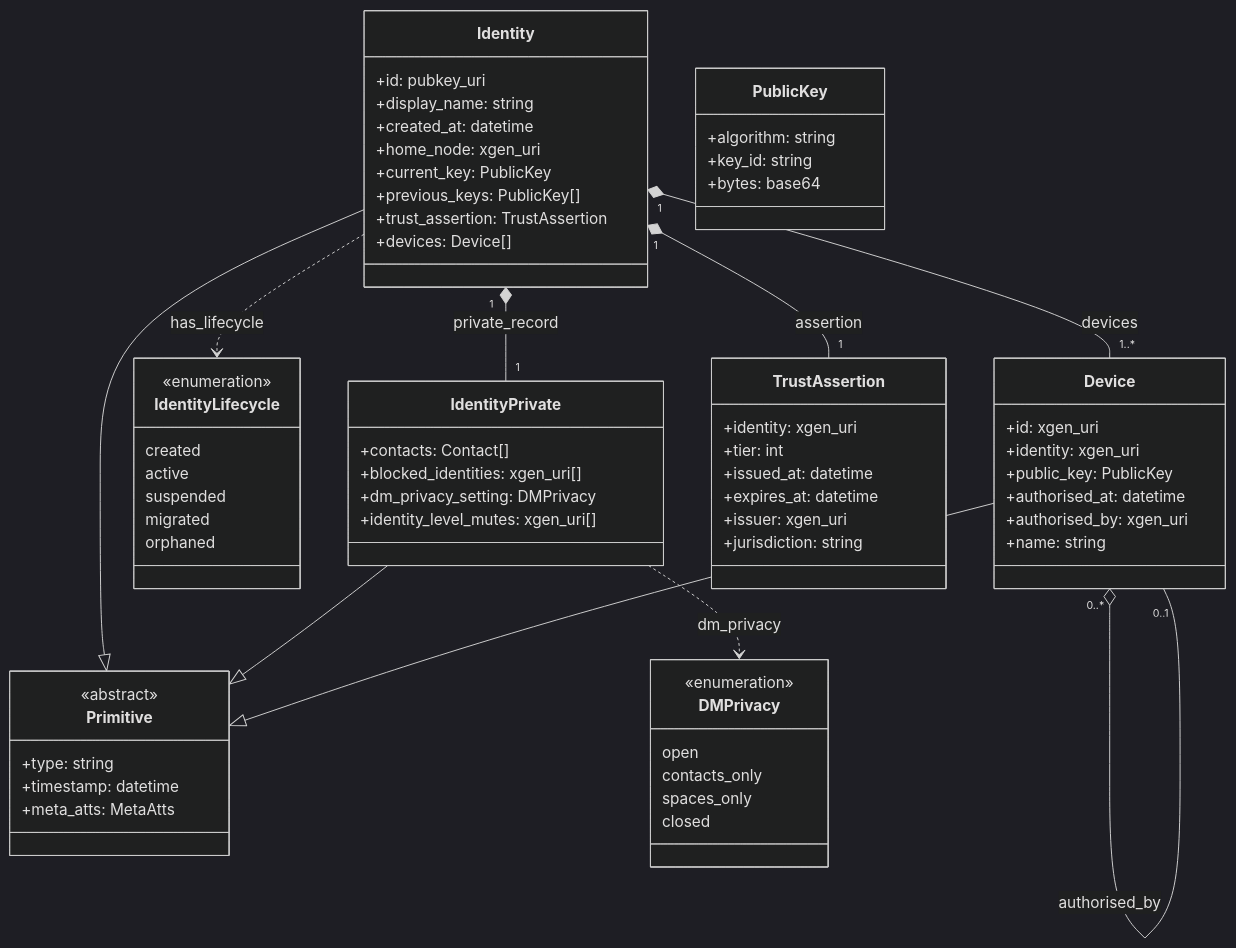
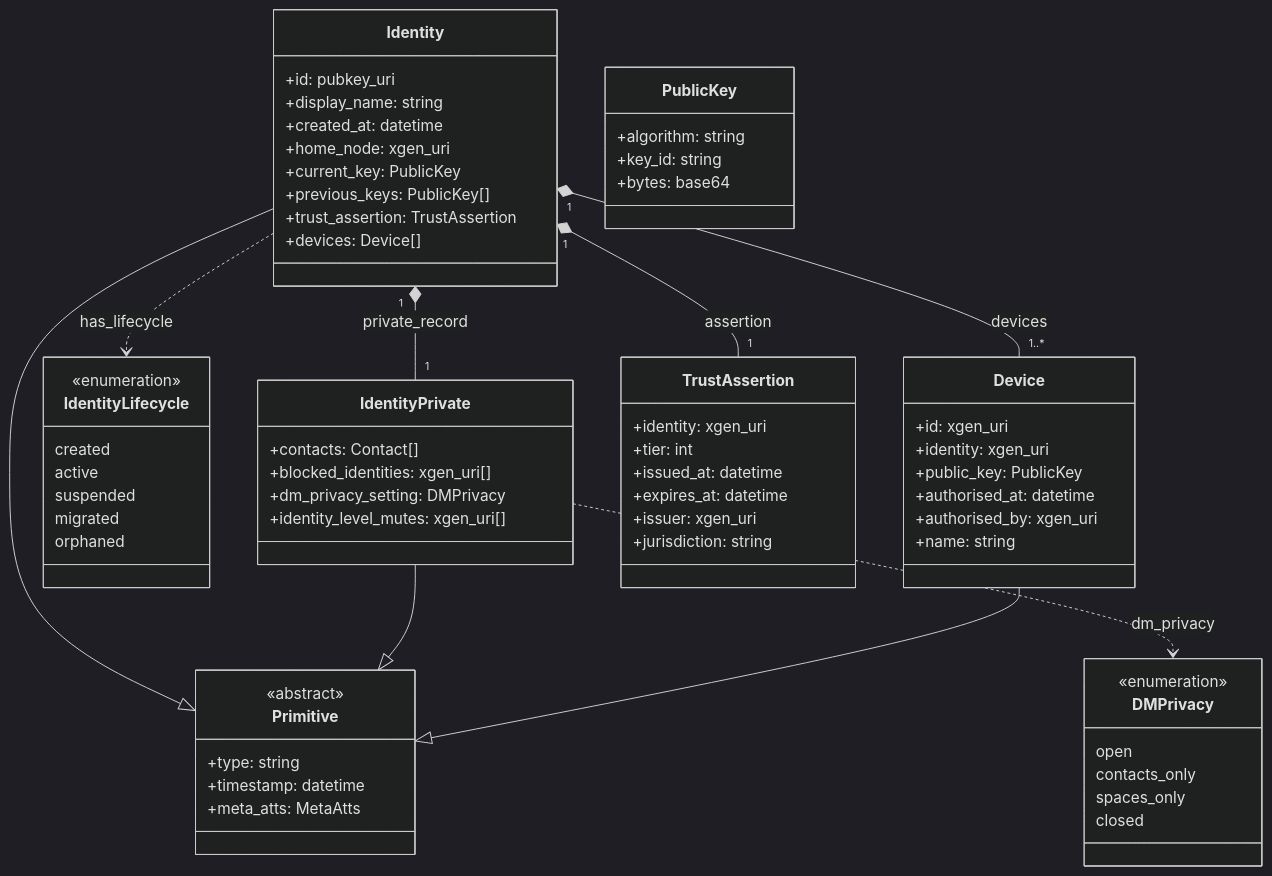
The ninth of 16 diagrams in docs/xgen_appendix_c_en.md (ianus777/XGenProtocol), drawn with Mermaid (dark theme) before and after one commit. The commit also changed other lines of this file, not shown here.

Commit message:
update diagrams

````diff
--- a/docs/xgen_appendix_c_en.md
+++ b/docs/xgen_appendix_c_en.md
@@ -685,71 +686,72 @@
 ```mermaid
 classDiagram
     class Primitive {
         <<abstract>>
         +type: string
         +timestamp: datetime
         +meta_atts: MetaAtts
     }
     class Identity {
         +id: pubkey_uri
         +display_name: string
         +created_at: datetime
         +home_node: xgen_uri
         +current_key: PublicKey
         +previous_keys: PublicKey[]
         +trust_assertion: TrustAssertion
         +devices: Device[]
     }
     class IdentityPrivate {
         +contacts: Contact[]
         +blocked_identities: xgen_uri[]
         +dm_privacy_setting: DMPrivacy
         +identity_level_mutes: xgen_uri[]
     }
     class IdentityLifecycle {
         <<enumeration>>
         created
         active
         suspended
         migrated
         orphaned
     }
     class DMPrivacy {
         <<enumeration>>
         open
         contacts_only
         spaces_only
         closed
     }
     class Device {
         +id: xgen_uri
         +identity: xgen_uri
         +public_key: PublicKey
         +authorised_at: datetime
         +authorised_by: xgen_uri
         +name: string
     }
     class TrustAssertion {
         +identity: xgen_uri
         +tier: int
         +issued_at: datetime
         +expires_at: datetime
         +issuer: xgen_uri
         +jurisdiction: string
     }
     class PublicKey {
         +algorithm: string
         +key_id: string
         +bytes: base64
     }
 
     Identity --|> Primitive
     IdentityPrivate --|> Primitive
     Device --|> Primitive
     Identity "1" *-- "1" IdentityPrivate : private_record
     Identity "1" *-- "1" TrustAssertion : assertion
     Identity "1" *-- "1..*" Device : devices
     Identity ..> IdentityLifecycle : has_lifecycle
     IdentityPrivate ..> DMPrivacy : dm_privacy
-    Device "0..*" o-- "0..1" Device : authorised_by
+    %% Note: Device.authorised_by references another Device (self-reference).
+    %% Omitted — Mermaid renders self-references as empty ghost boxes.
 ```
````
